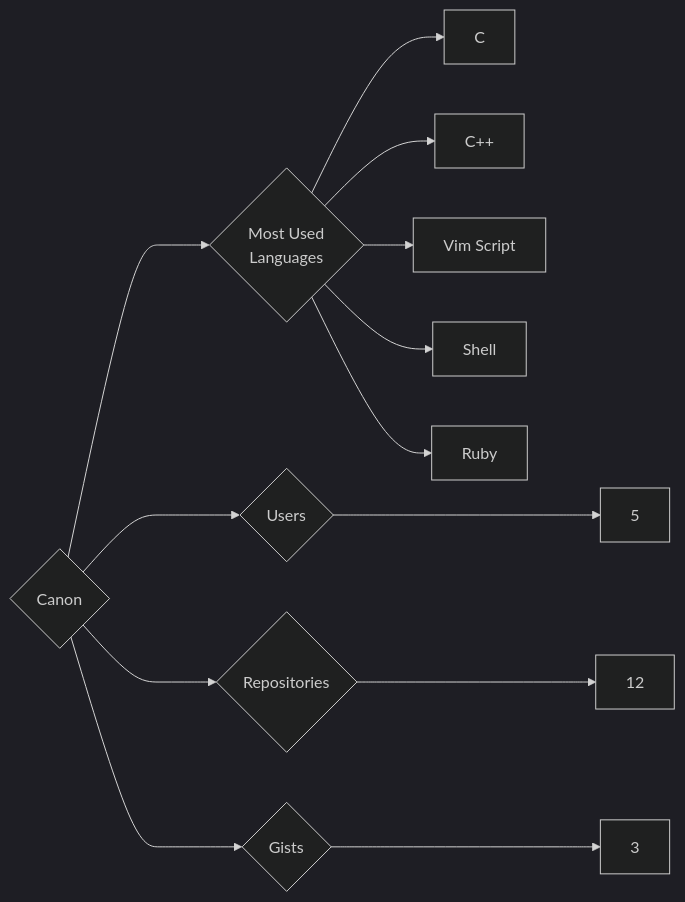
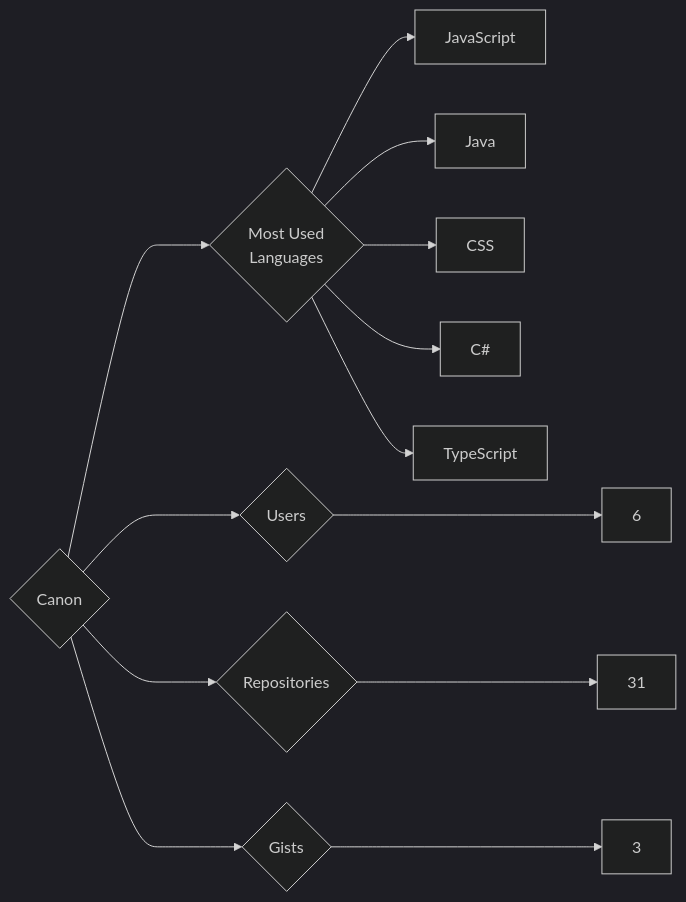
One commit to trickest/insiders changed the diagram in targets/Canon/README.md. Above: the diagram before and after it, drawn with Mermaid (dark theme). The commit also changed 938 other files, not shown here.

````diff
--- a/targets/Canon/README.md
+++ b/targets/Canon/README.md
@@ -3,13 +3,13 @@
 ```mermaid
 graph LR
 COMPANY_NAME{Canon}
-COMPANY_NAME ---> U{Users} ---> UN[5]
-COMPANY_NAME ---> R{Repositories} ---> RN[12]
+COMPANY_NAME ---> U{Users} ---> UN[6]
+COMPANY_NAME ---> R{Repositories} ---> RN[31]
 COMPANY_NAME ---> G{Gists} ---> GN[3]
 COMPANY_NAME ---> ML{Most Used<br>Languages}
-ML --> C[C]
-ML --> C++[C++]
-ML --> Vim_Script[Vim Script]
-ML --> Shell[Shell]
-ML --> Ruby[Ruby]
+ML --> JavaScript[JavaScript]
+ML --> Java[Java]
+ML --> CSS[CSS]
+ML --> C#[C#]
+ML --> TypeScript[TypeScript]
 ```
````
